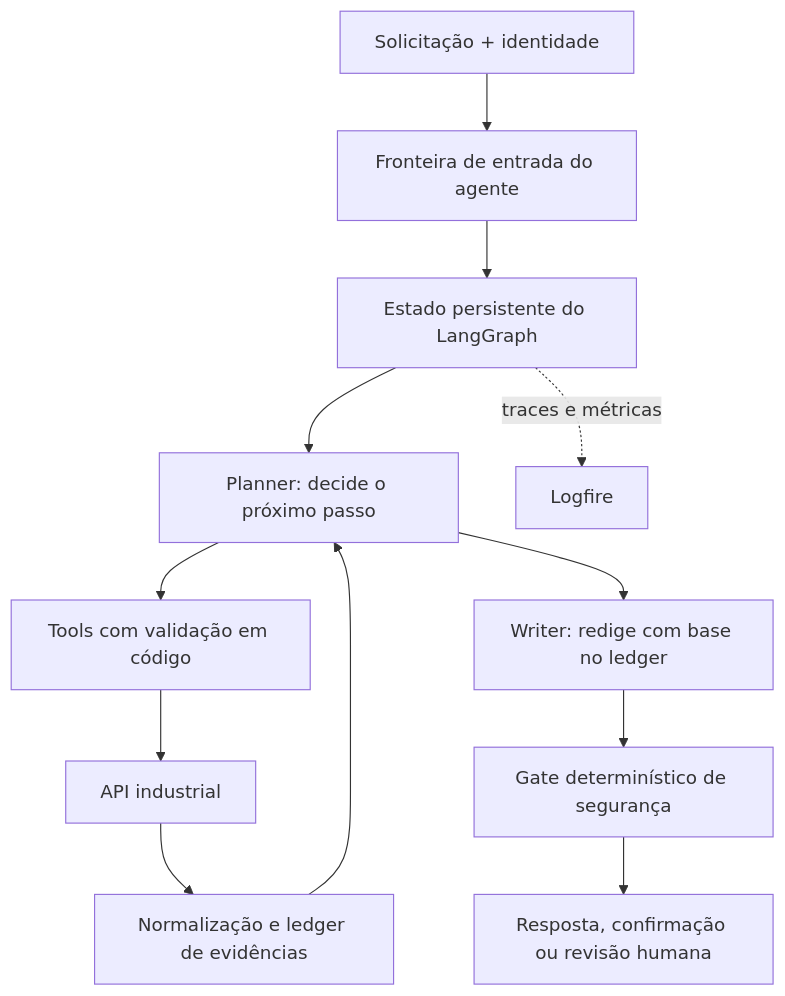
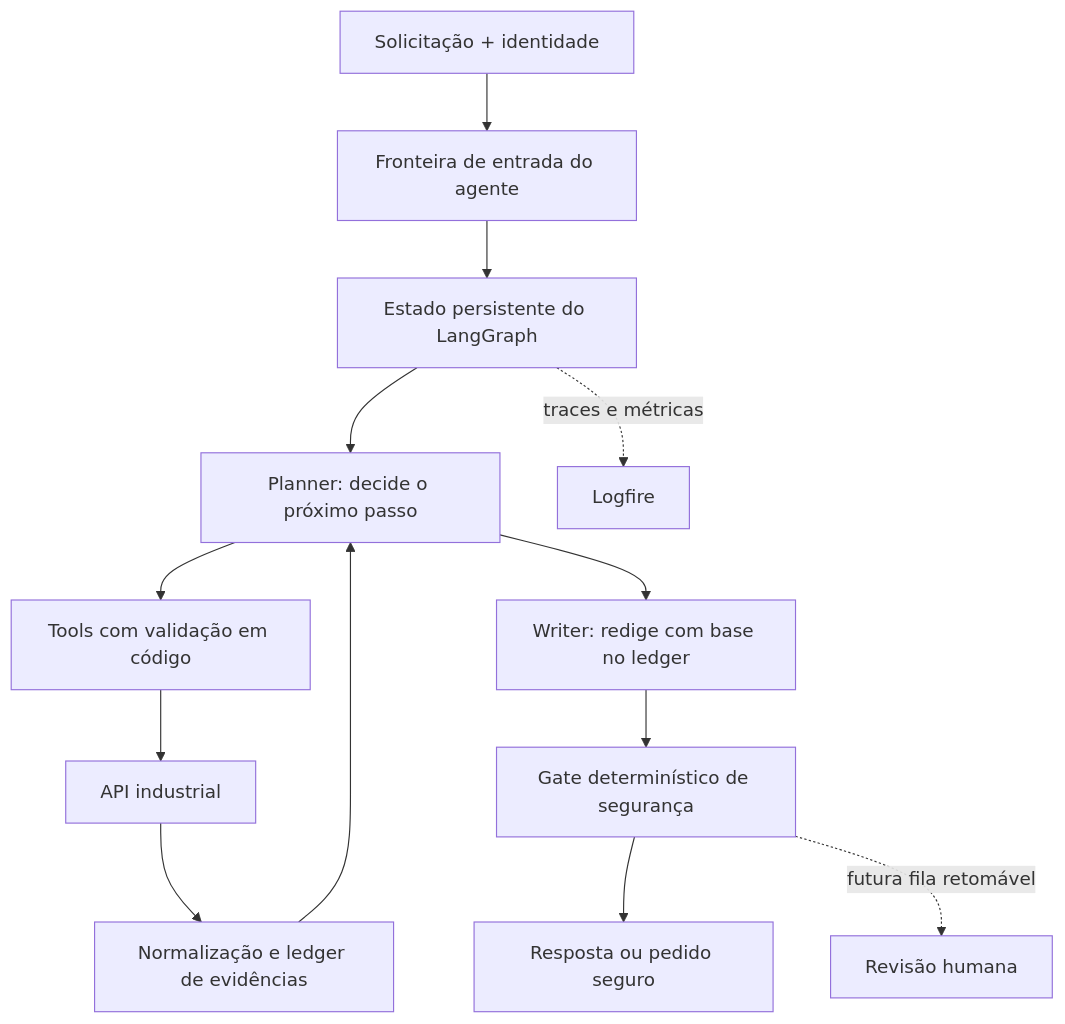
One commit to leeunam/case-TRACTIAN-IA changed the first of 2 diagrams in README.md. Above: the diagram before and after it, drawn with Mermaid. The commit also changed other lines of this file and 12 other files, not shown here.

````diff
--- a/README.md
+++ b/README.md
@@ -21,14 +21,15 @@
 ```mermaid
 flowchart TD
     A[Solicitação + identidade] --> B[Fronteira de entrada do agente]
     B --> C[Estado persistente do LangGraph]
     C --> D[Planner: decide o próximo passo]
     D --> E[Tools com validação em código]
     E --> F[API industrial]
     F --> G[Normalização e ledger de evidências]
     G --> D
     D --> H[Writer: redige com base no ledger]
     H --> I[Gate determinístico de segurança]
-    I --> J[Resposta, confirmação ou revisão humana]
+    I --> J[Resposta ou pedido seguro]
+    I -. futura fila retomável .-> L[Revisão humana]
     C -. traces e métricas .-> K[Logfire]
 ```
````
